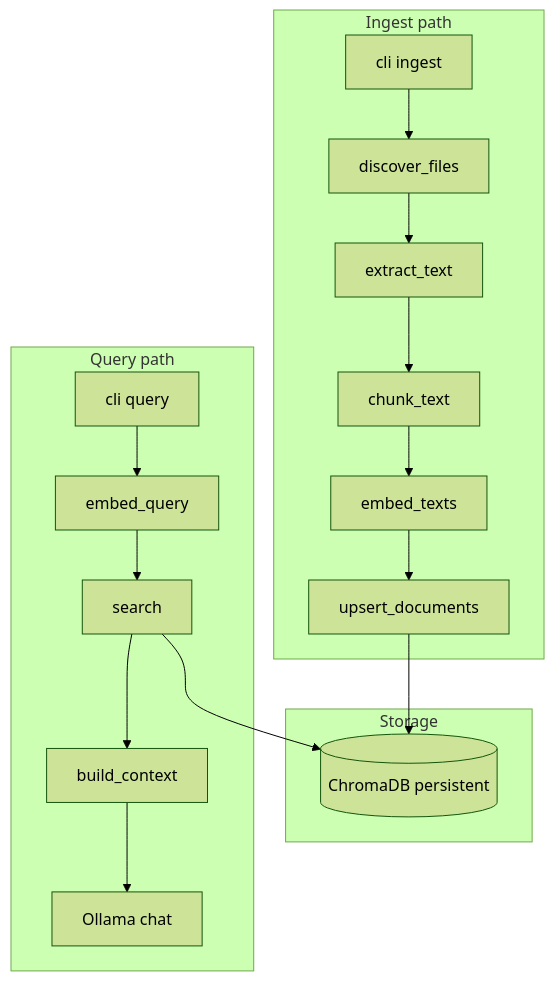
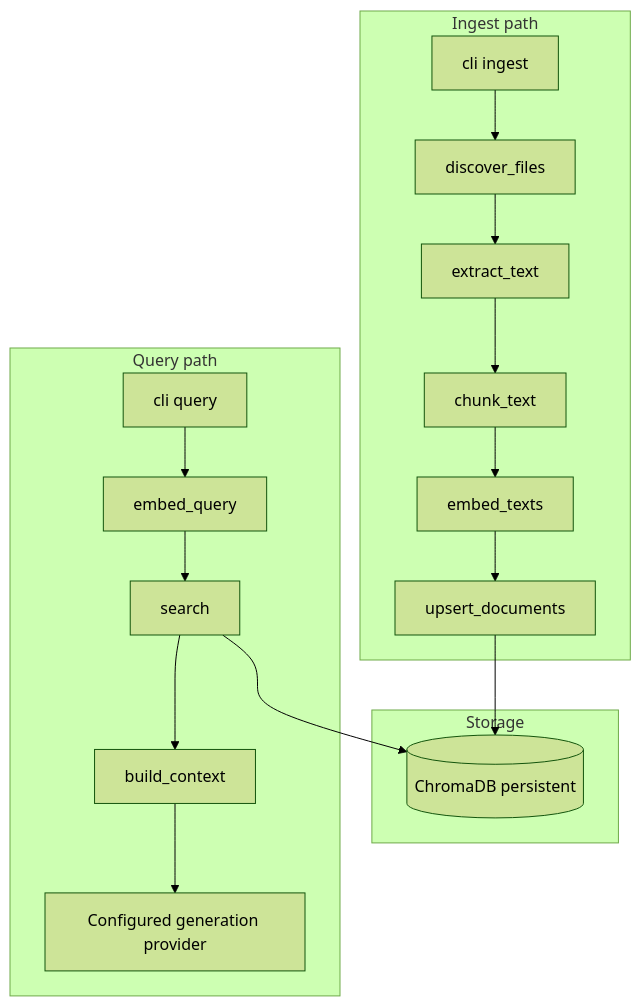
Before and after one commit to seanebones-lang/personal-RAG: the diagram in docs/architecture.md, drawn with Mermaid (forest theme). The commit also changed other lines of this file and 20 other files, not shown here.

````diff
--- a/docs/architecture.md
+++ b/docs/architecture.md
@@ -5,28 +5,28 @@
 ```mermaid
 flowchart TB
     subgraph ingest [Ingest path]
         CLI_ingest[cli ingest]
         discover[discover_files]
         extract[extract_text]
         chunk[chunk_text]
         embed_batch[embed_texts]
         upsert[upsert_documents]
         CLI_ingest --> discover --> extract --> chunk --> embed_batch --> upsert
     end
 
     subgraph store [Storage]
         chroma[(ChromaDB persistent)]
         upsert --> chroma
     end
 
     subgraph query [Query path]
         CLI_query[cli query]
         embed_q[embed_query]
         search[search]
         context[build_context]
-        ollama[Ollama chat]
+        generate[Configured generation provider]
         CLI_query --> embed_q --> search
         search --> chroma
-        search --> context --> ollama
+        search --> context --> generate
     end
 ```
````
